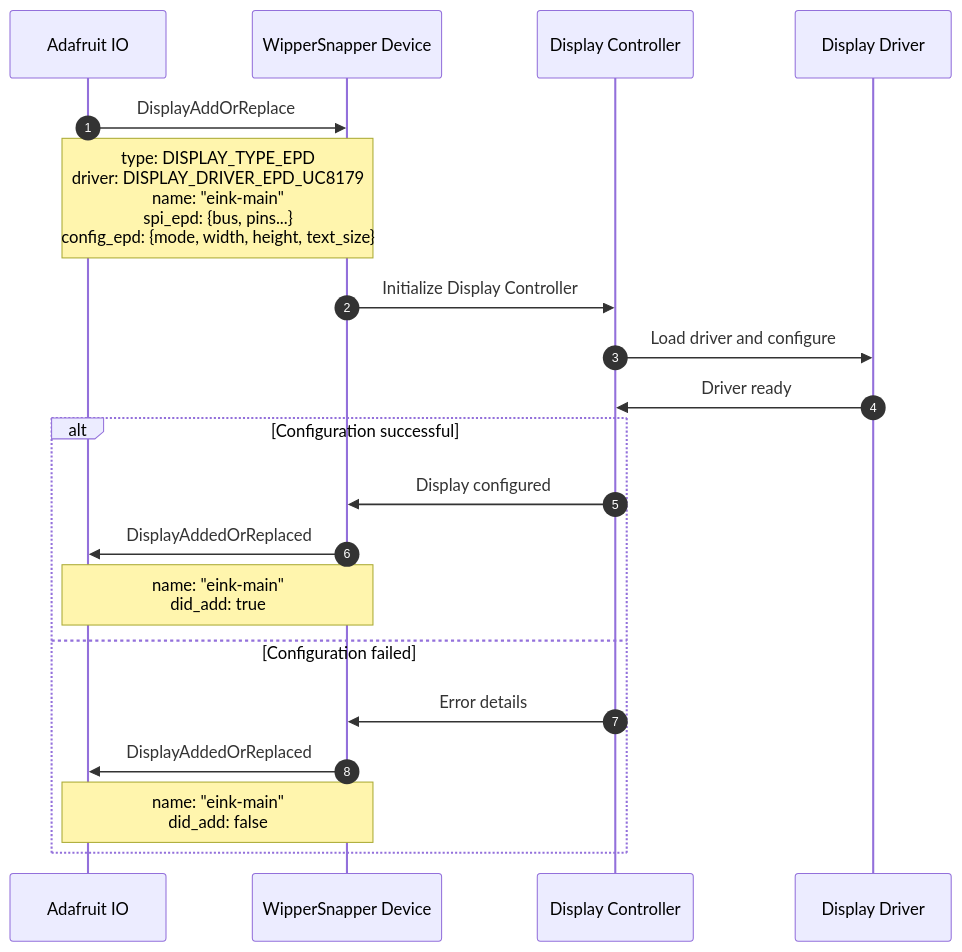
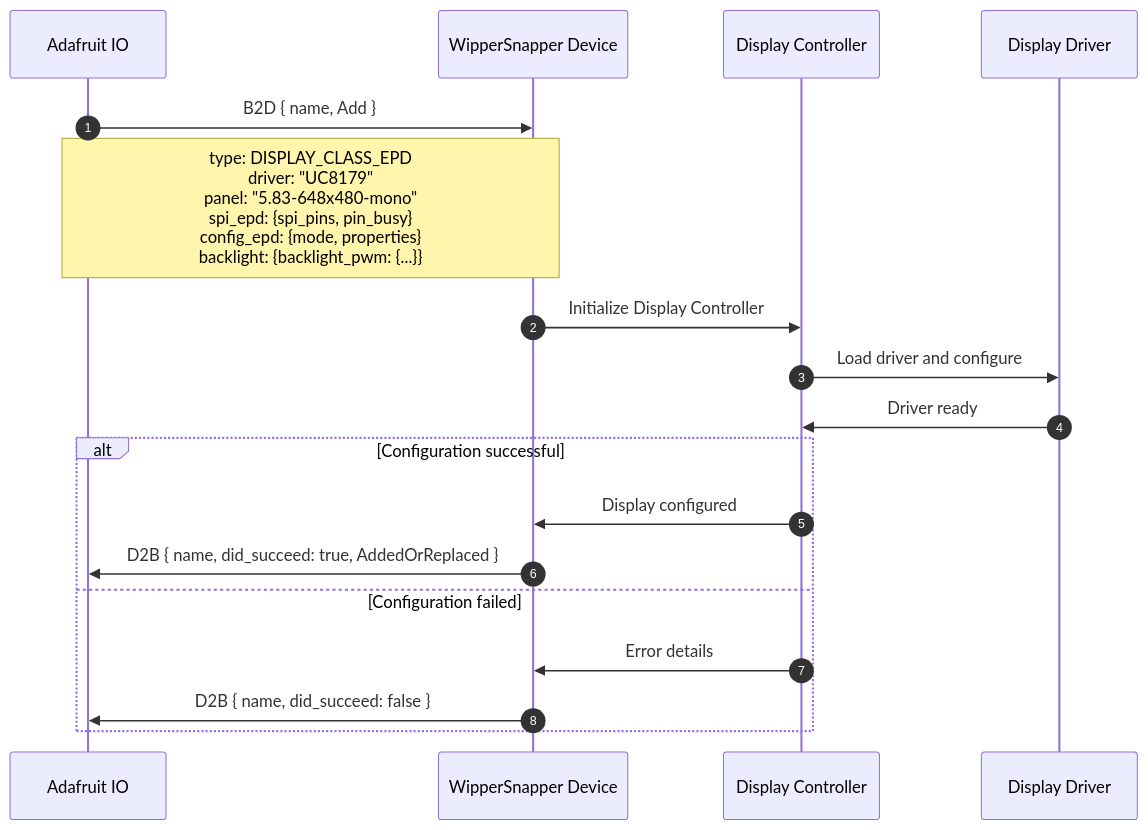
Before and after one commit to adafruit/Wippersnapper_Protobuf: the first of 3 diagrams in proto/wippersnapper/docs/display.md, drawn with Mermaid. The commit also changed other lines of this file and 1 other file, not shown here.

Commit message:
Update display proto docs after refactor

````diff
--- a/proto/wippersnapper/docs/display.md
+++ b/proto/wippersnapper/docs/display.md
@@ -142,25 +218,23 @@
 ```mermaid
 sequenceDiagram
 autonumber
 participant IO as Adafruit IO
 participant Device as WipperSnapper Device
 participant Display as Display Controller
 participant Driver as Display Driver
 
-IO->>Device: DisplayAddOrReplace
-Note over IO,Device: type: DISPLAY_TYPE_EPD<br/>driver: DISPLAY_DRIVER_EPD_UC8179<br/>name: "eink-main"<br/>spi_epd: {bus, pins...}<br/>config_epd: {mode, width, height, text_size}
+IO->>Device: B2D { name, Add }
+Note over IO,Device: type: DISPLAY_CLASS_EPD<br/>driver: "UC8179"<br/>panel: "5.83-648x480-mono"<br/>spi_epd: {spi_pins, pin_busy}<br/>config_epd: {mode, properties}<br/>backlight: {backlight_pwm: {...}}
 
 Device->>Display: Initialize Display Controller
 Display->>Driver: Load driver and configure
 Driver->>Display: Driver ready
 
 alt Configuration successful
     Display->>Device: Display configured
-    Device->>IO: DisplayAddedOrReplaced
-    Note over Device,IO: name: "eink-main"<br/>did_add: true
+    Device->>IO: D2B { name, did_succeed: true, AddedOrReplaced }
 else Configuration failed
     Display->>Device: Error details
-    Device->>IO: DisplayAddedOrReplaced
-    Note over Device,IO: name: "eink-main"<br/>did_add: false
+    Device->>IO: D2B { name, did_succeed: false }
 end
 ```
````
